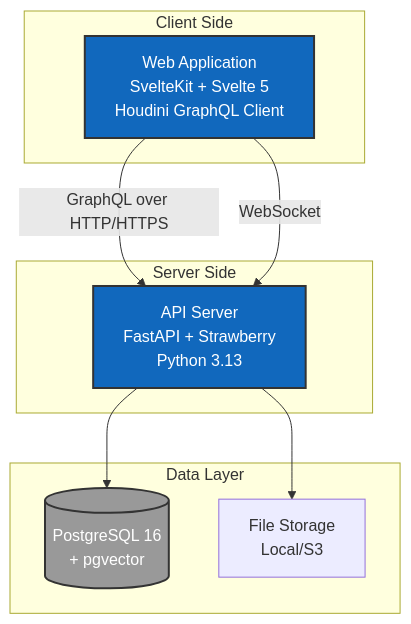
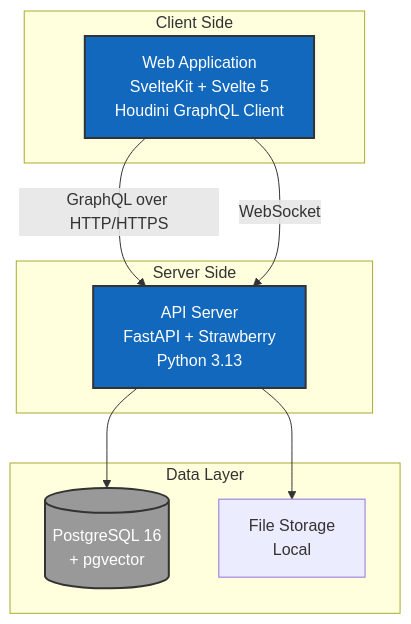
The second of 7 diagrams in docs/architecture.md (twtrubiks/graphql-python-blog), drawn with Mermaid before and after one commit. The commit also changed other lines of this file and 7 other files, not shown here.

First line of the commit message:
初始化 GraphQL Python Blog 專案架構

````diff
--- a/docs/architecture.md
+++ b/docs/architecture.md
@@ -76,24 +75,24 @@
 ```mermaid
 graph TB
     subgraph "Client Side"
         WebApp[Web Application<br/>SvelteKit + Svelte 5<br/>Houdini GraphQL Client]
     end
 
     subgraph "Server Side"
         API[API Server<br/>FastAPI + Strawberry<br/>Python 3.13]
     end
 
     subgraph "Data Layer"
         DB[(PostgreSQL 16<br/>+ pgvector)]
-        FileStore[File Storage<br/>Local/S3]
+        FileStore[File Storage<br/>Local]
     end
 
     WebApp -->|GraphQL over HTTP/HTTPS| API
     WebApp -->|WebSocket| API
     API --> DB
     API --> FileStore
 
     style WebApp fill:#1168bd,stroke:#333,stroke-width:2px,color:#fff
     style API fill:#1168bd,stroke:#333,stroke-width:2px,color:#fff
     style DB fill:#999,stroke:#333,stroke-width:2px,color:#fff
 ```
````
